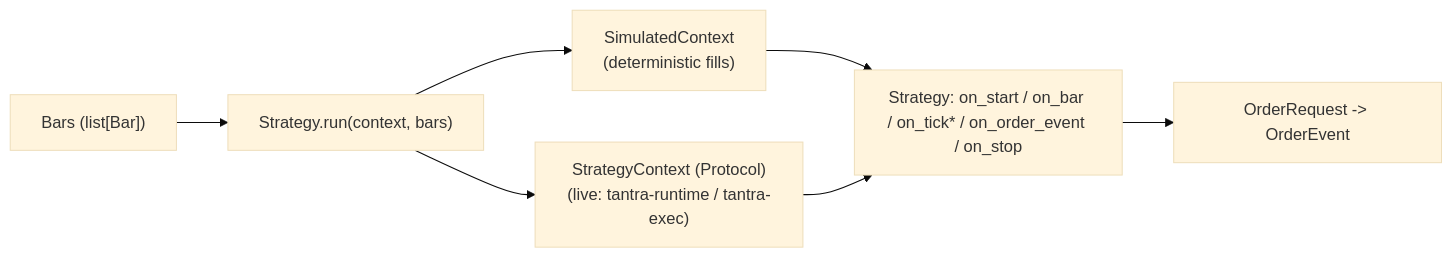
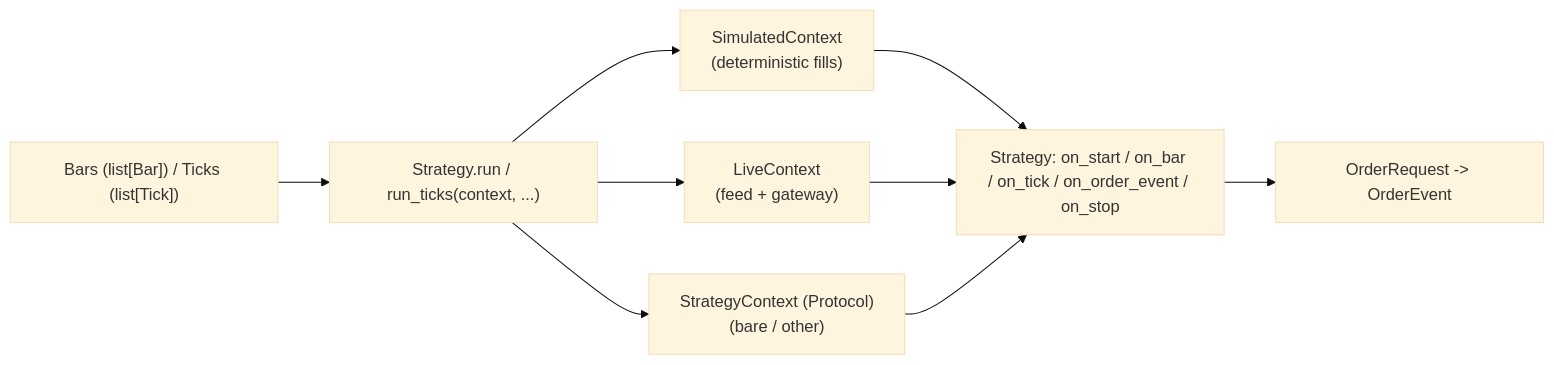
The diagram in docs/design/architecture.md (tantra-labs/tantra-strategies), drawn with Mermaid (base theme) before and after one commit. The commit also changed other lines of this file and 13 other files, not shown here.

````diff
--- a/docs/design/architecture.md
+++ b/docs/design/architecture.md
@@ -76,10 +77,12 @@
 ```mermaid
 flowchart LR
-    Bars["Bars (list[Bar])"] --> Run["Strategy.run(context, bars)"]
+    Bars["Bars (list[Bar]) / Ticks (list[Tick])"] --> Run["Strategy.run / run_ticks(context, ...)"]
     Run --> Sim["SimulatedContext<br/>(deterministic fills)"]
-    Run --> Ctx["StrategyContext (Protocol)<br/>(live: tantra-runtime / tantra-exec)"]
-    Strategy["Strategy: on_start / on_bar / on_tick* / on_order_event / on_stop"]
+    Run --> Live["LiveContext<br/>(feed + gateway)"]
+    Run --> Ctx["StrategyContext (Protocol)<br/>(bare / other)"]
+    Strategy["Strategy: on_start / on_bar / on_tick / on_order_event / on_stop"]
     Sim --> Strategy
+    Live --> Strategy
     Ctx --> Strategy
     Strategy --> Orders["OrderRequest -> OrderEvent"]
 ```
````
